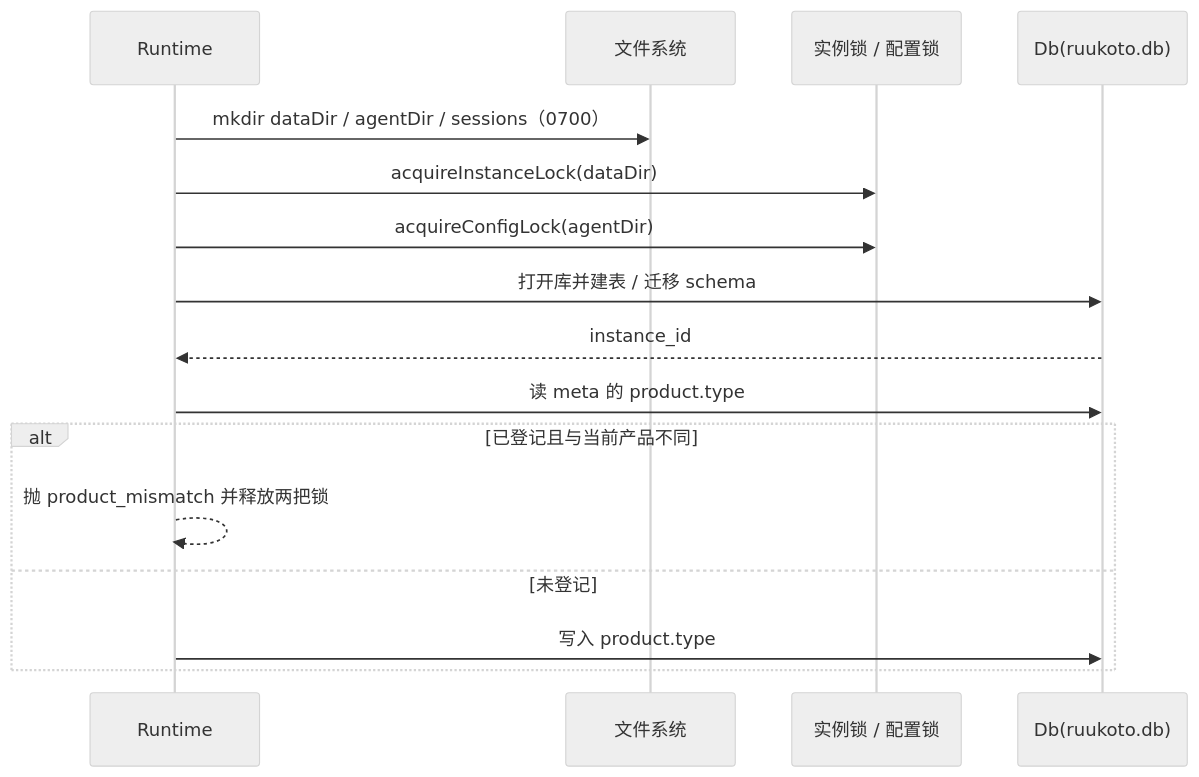
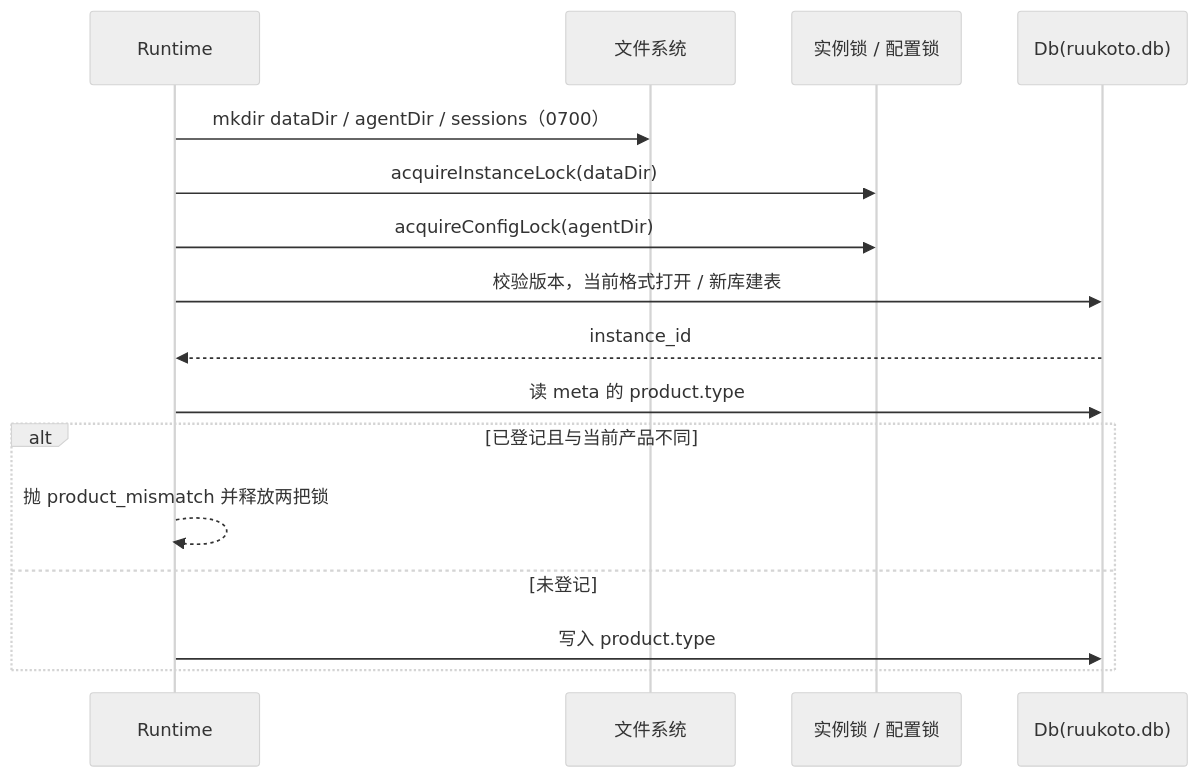
One commit to num-lab/Ruukoto changed the second of 3 diagrams in docs/modules/core.md. Above: the diagram before and after it, drawn with Mermaid (neutral theme). The commit also changed other lines of this file and 193 other files, not shown here.

````diff
--- a/docs/modules/core.md
+++ b/docs/modules/core.md
@@ -235,18 +237,18 @@
 ```mermaid
 sequenceDiagram
   participant R as Runtime
   participant FS as 文件系统
   participant L as 实例锁 / 配置锁
   participant D as Db(ruukoto.db)
   R->>FS: mkdir dataDir / agentDir / sessions（0700）
   R->>L: acquireInstanceLock(dataDir)
   R->>L: acquireConfigLock(agentDir)
-  R->>D: 打开库并建表 / 迁移 schema
+  R->>D: 校验版本，当前格式打开 / 新库建表
   D-->>R: instance_id
   R->>D: 读 meta 的 product.type
   alt 已登记且与当前产品不同
     R-->>R: 抛 product_mismatch 并释放两把锁
   else 未登记
     R->>D: 写入 product.type
   end
 ```
````
